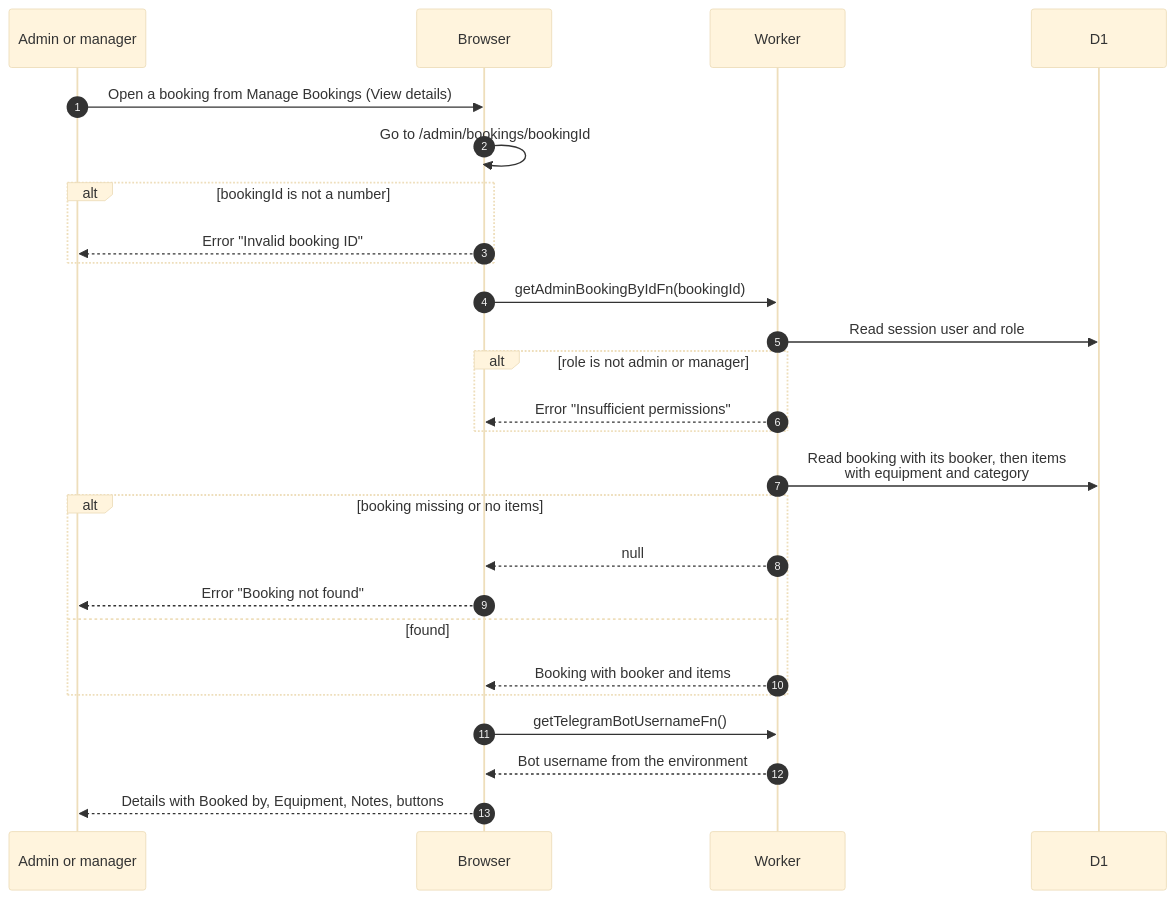
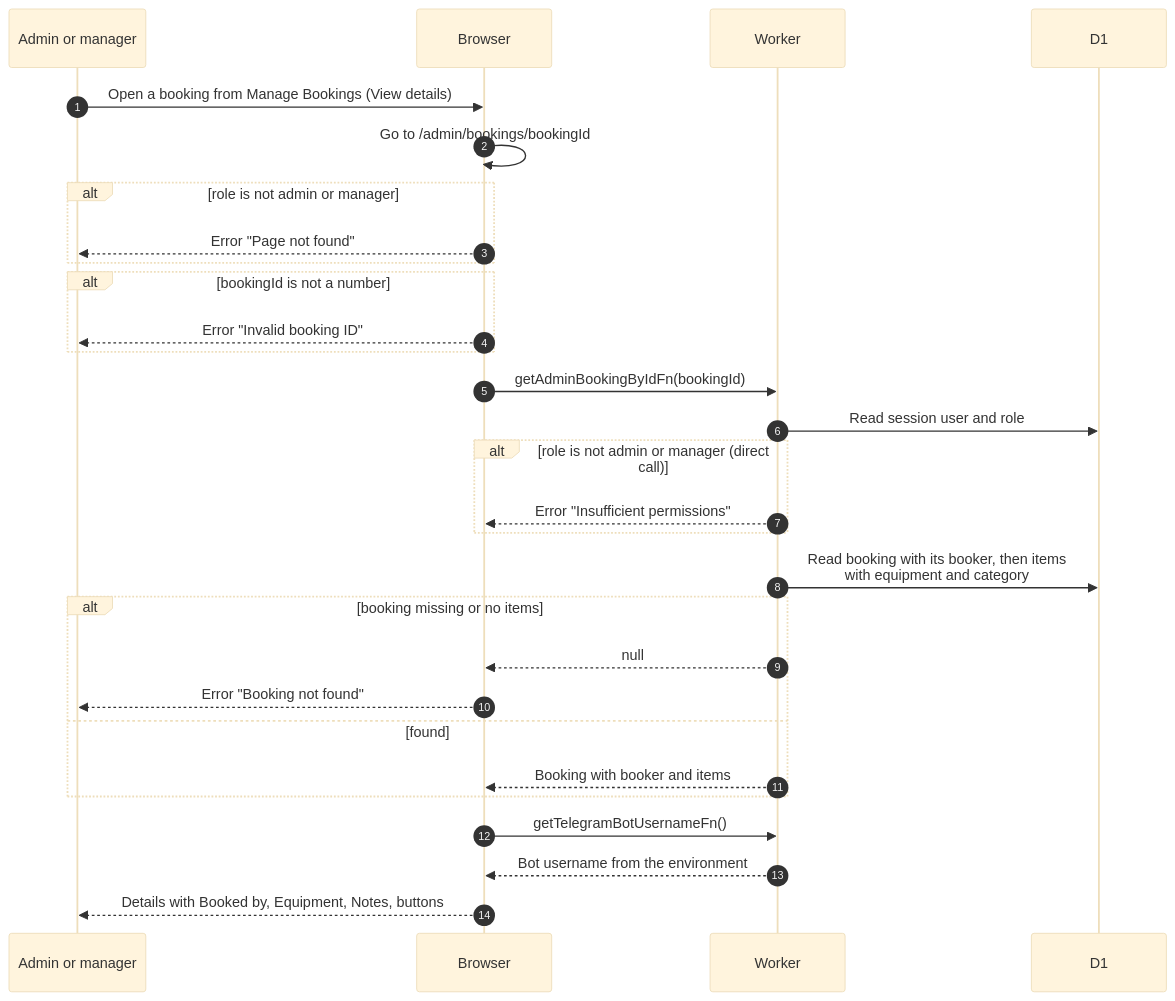
The diagram in docs/scenarios/bookings/admin-booking-details.md (sagyzdop/meriksirat), drawn with Mermaid (base theme) before and after one commit. The commit also changed other lines of this file and 17 other files, not shown here.

Commit message:
docs(scenarios): verify bookings diagrams against the code

````diff
--- a/docs/scenarios/bookings/admin-booking-details.md
+++ b/docs/scenarios/bookings/admin-booking-details.md
@@ -26,28 +27,31 @@
 ```mermaid
 sequenceDiagram
     autonumber
     participant A as Admin or manager
     participant B as Browser
     participant W as Worker
     participant D as D1
     A->>B: Open a booking from Manage Bookings (View details)
     B->>B: Go to /admin/bookings/bookingId
+    alt role is not admin or manager
+        B-->>A: Error "Page not found"
+    end
     alt bookingId is not a number
         B-->>A: Error "Invalid booking ID"
     end
     B->>W: getAdminBookingByIdFn(bookingId)
     W->>D: Read session user and role
-    alt role is not admin or manager
+    alt role is not admin or manager (direct call)
         W-->>B: Error "Insufficient permissions"
     end
     W->>D: Read booking with its booker, then items<br/>with equipment and category
     alt booking missing or no items
         W-->>B: null
         B-->>A: Error "Booking not found"
     else found
         W-->>B: Booking with booker and items
     end
     B->>W: getTelegramBotUsernameFn()
     W-->>B: Bot username from the environment
     B-->>A: Details with Booked by, Equipment, Notes, buttons
 ```
````
